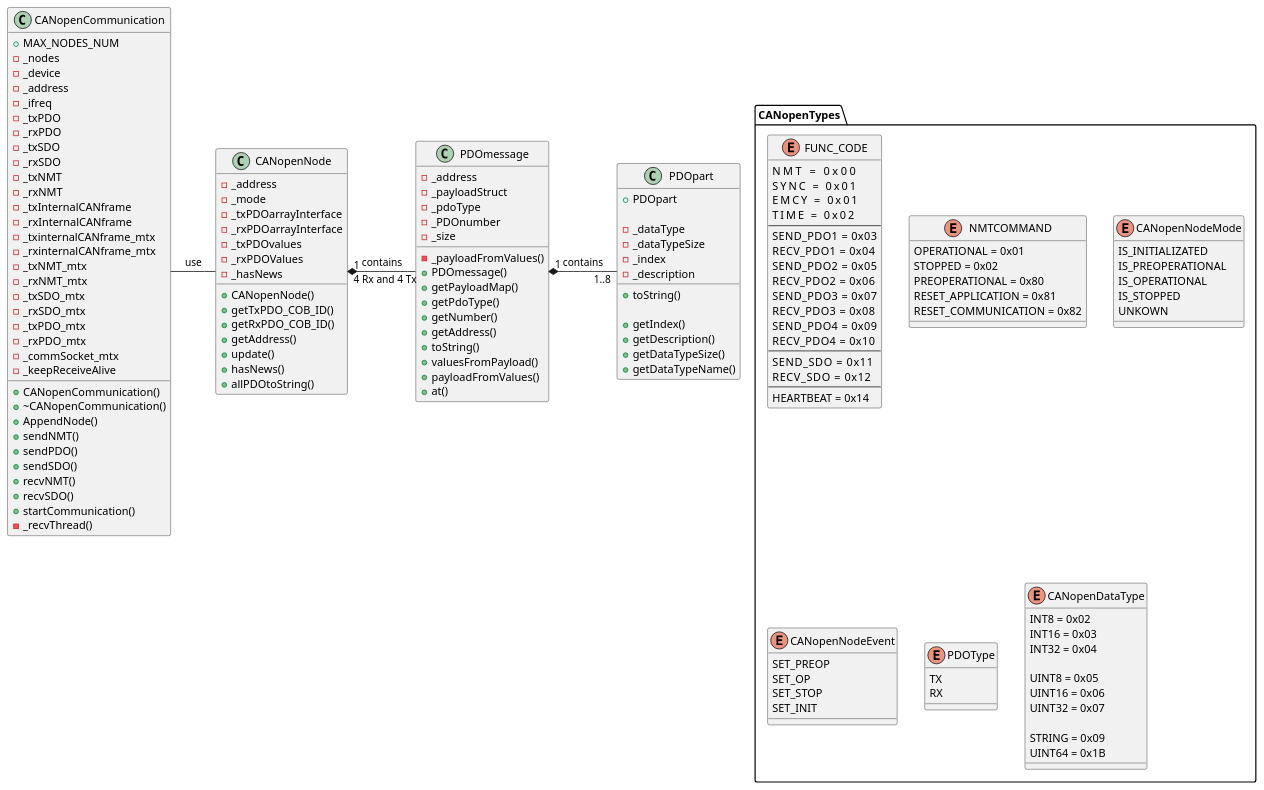
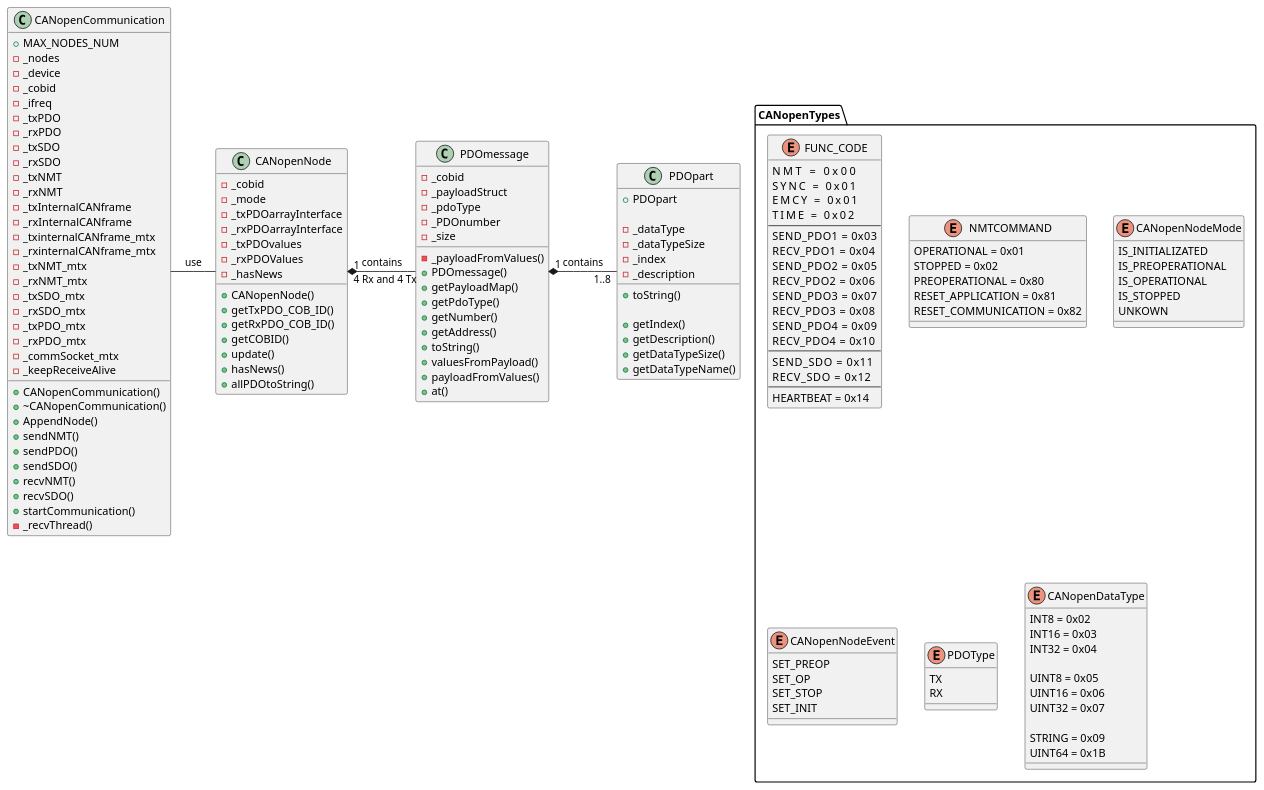
One commit to griloHBG/passivity_project changed the diagram in Classes.puml. Above: the diagram before and after it, drawn with PlantUML. The commit also changed 18 other files, not shown here.

```diff
--- a/Classes.puml
+++ b/Classes.puml
@@ -1,165 +1,165 @@
 @startuml
 
 class PDOmessage
 {
-    -_address
+    -_cobid
     -_payloadStruct
     -_pdoType
     -_PDOnumber
     -_size
     -_payloadFromValues()
     +PDOmessage()
     +getPayloadMap()
     +getPdoType()
     +getNumber()
     +getAddress()
     +toString()
     +valuesFromPayload()
     +payloadFromValues()
     +at()
 }
 
 class CANopenNode
 {
     +CANopenNode()
     +getTxPDO_COB_ID()
     +getRxPDO_COB_ID()
-    +getAddress()
+    +getCOBID()
     +update()
     +hasNews()
     +allPDOtoString()
-    -_address
+    -_cobid
     -_mode
     -_txPDOarrayInterface
     -_rxPDOarrayInterface
     -_txPDOvalues
     -_rxPDOValues
     -_hasNews
 }
 
 class CANopenCommunication
 {
     +MAX_NODES_NUM
     +CANopenCommunication()
     +~CANopenCommunication()
     +AppendNode()
     +sendNMT()
     +sendPDO()
     +sendSDO()
     +recvNMT()
     +recvSDO()
     +startCommunication()
     -_nodes
     -_device
-    -_address
+    -_cobid
     -_ifreq
     -_txPDO
     -_rxPDO
     -_txSDO
     -_rxSDO
     -_txNMT
     -_rxNMT
     -_txInternalCANframe
     -_rxInternalCANframe
     -_txinternalCANframe_mtx
     -_rxinternalCANframe_mtx
     -_txNMT_mtx
     -_rxNMT_mtx
     -_txSDO_mtx
     -_rxSDO_mtx
     -_txPDO_mtx
     -_rxPDO_mtx
     -_commSocket_mtx
     -_keepReceiveAlive
     -_recvThread()
 }
 
 class PDOpart
 {
     +PDOpart
     +toString()
     
     +getIndex()
     +getDescription()
     +getDataTypeSize()
     +getDataTypeName()
     -_dataType
     -_dataTypeSize
     -_index
     -_description
 }
 
 CANopenCommunication -right- CANopenNode : use
 CANopenNode "1" *-right- "4 Rx and 4 Tx" PDOmessage : contains
 PDOmessage "1" *-right- "1..8" PDOpart : contains
 
 package CANopenTypes
 {
     enum FUNC_CODE
     {
         NMT         = 0x00
         SYNC        = 0x01
         EMCY        = 0x01
         TIME        = 0x02
         --
         SEND_PDO1   = 0x03
         RECV_PDO1   = 0x04
         SEND_PDO2   = 0x05
         RECV_PDO2   = 0x06
         SEND_PDO3   = 0x07
         RECV_PDO3   = 0x08
         SEND_PDO4   = 0x09
         RECV_PDO4   = 0x10
         --
         SEND_SDO    = 0x11
         RECV_SDO    = 0x12
         --
         HEARTBEAT = 0x14
     }
     enum NMTCOMMAND
     {
         OPERATIONAL = 0x01
         STOPPED = 0x02
         PREOPERATIONAL = 0x80
         RESET_APPLICATION = 0x81
         RESET_COMMUNICATION = 0x82
     }
 
     enum CANopenNodeMode
     {
         IS_INITIALIZATED
         IS_PREOPERATIONAL
         IS_OPERATIONAL
         IS_STOPPED
         UNKOWN
     }
 
     enum CANopenNodeEvent
     {
         SET_PREOP
         SET_OP
         SET_STOP
         SET_INIT
     }
 
     enum PDOType
     {
         TX
         RX
     }
 
     enum CANopenDataType
     {
         INT8 = 0x02
         INT16 = 0x03
         INT32 = 0x04
 
         UINT8 = 0x05
         UINT16 = 0x06
         UINT32 = 0x07
 
         STRING = 0x09
         UINT64 = 0x1B
     }
 }
 @enduml
```
